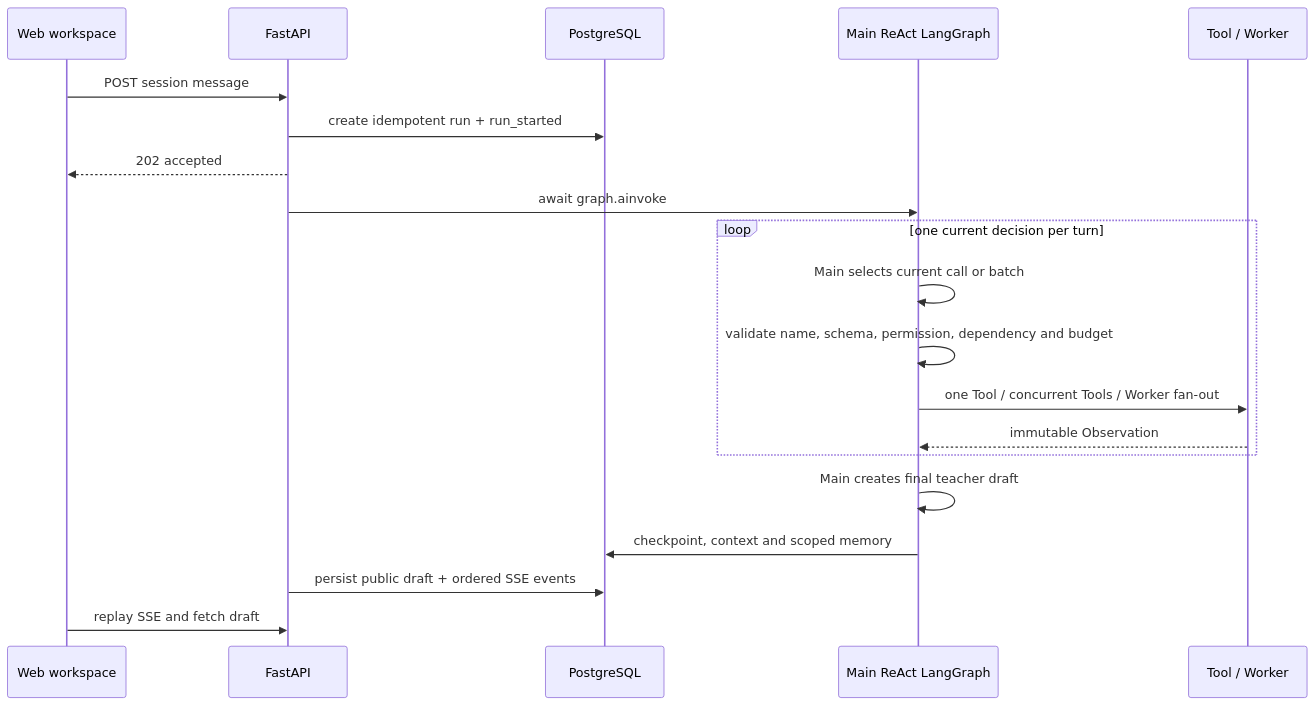
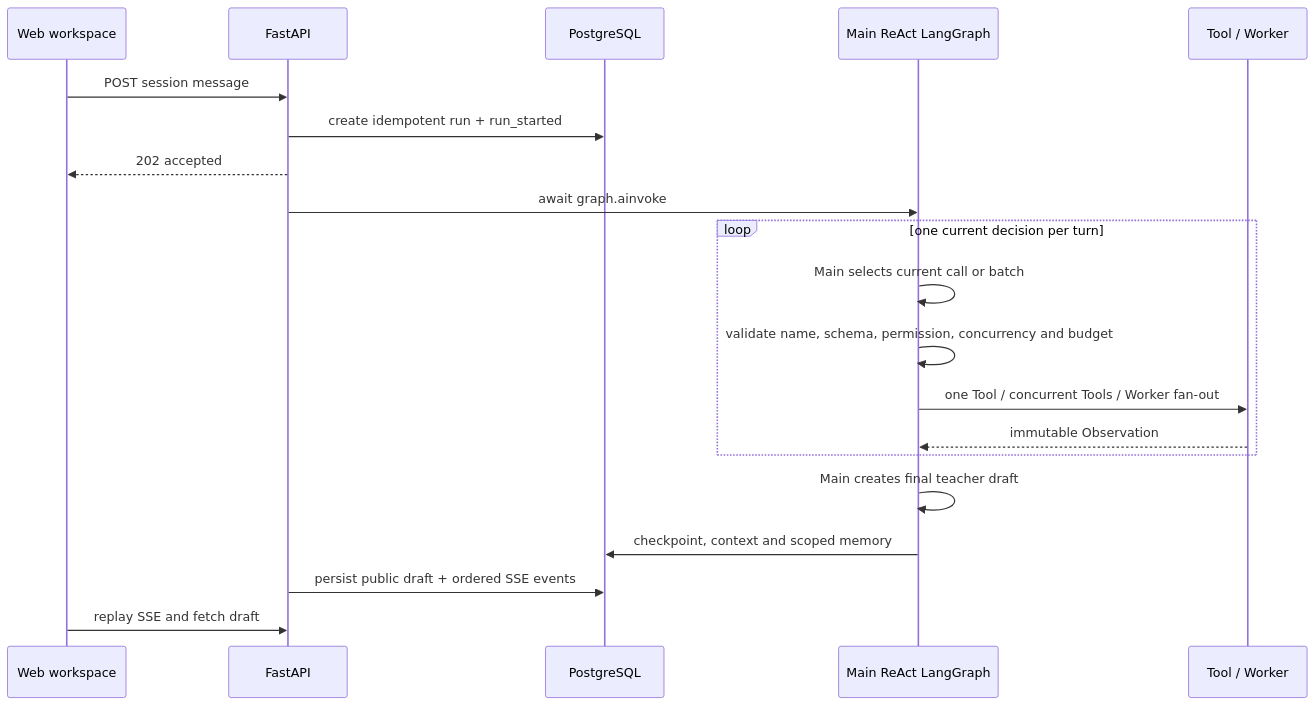
Before and after one commit to MengC-OvO/easy-teaching: the diagram in docs/architecture.md, drawn with Mermaid. The commit also changed other lines of this file and 162 other files, not shown here.

````diff
--- a/docs/architecture.md
+++ b/docs/architecture.md
@@ -8,23 +37,23 @@
 ```mermaid
 sequenceDiagram
     participant UI as Web workspace
     participant API as FastAPI
     participant DB as PostgreSQL
     participant G as Main ReAct LangGraph
     participant C as Tool / Worker
 
     UI->>API: POST session message
     API->>DB: create idempotent run + run_started
     API-->>UI: 202 accepted
     API->>G: await graph.ainvoke
     loop one current decision per turn
         G->>G: Main selects current call or batch
-        G->>G: validate name, schema, permission, dependency and budget
+        G->>G: validate name, schema, permission, concurrency and budget
         G->>C: one Tool / concurrent Tools / Worker fan-out
         C-->>G: immutable Observation
     end
     G->>G: Main creates final teacher draft
     G->>DB: checkpoint, context and scoped memory
     API->>DB: persist public draft + ordered SSE events
     UI->>API: replay SSE and fetch draft
 ```
````
